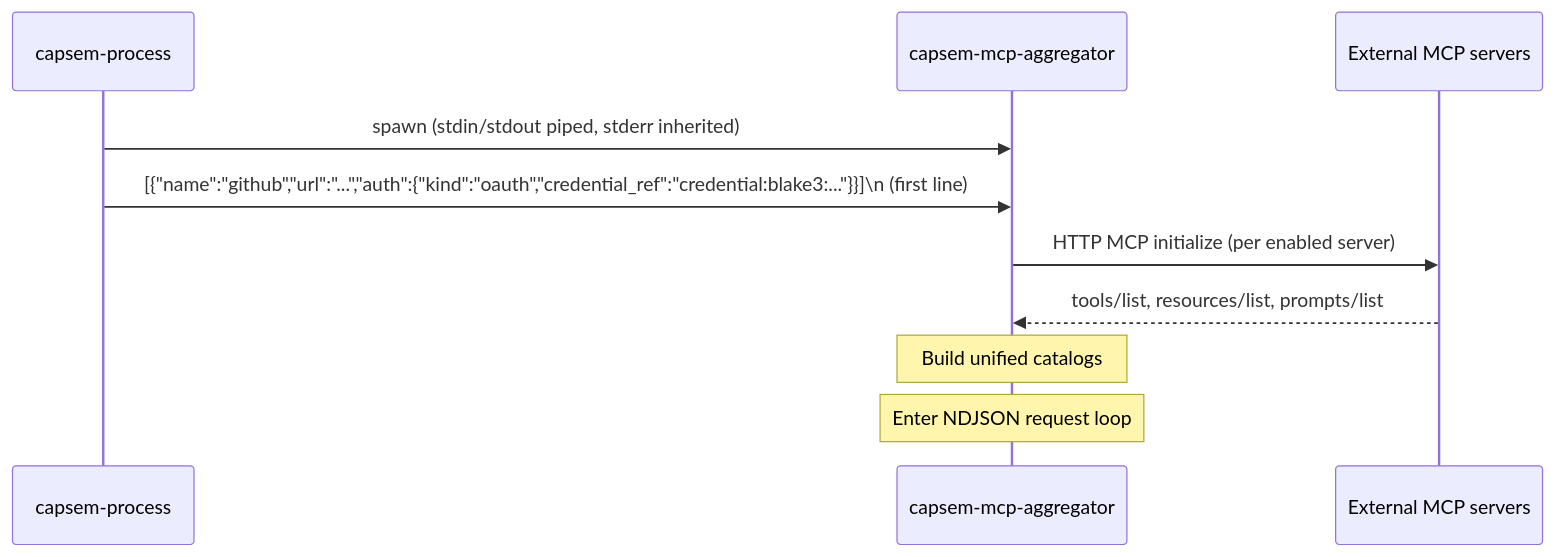
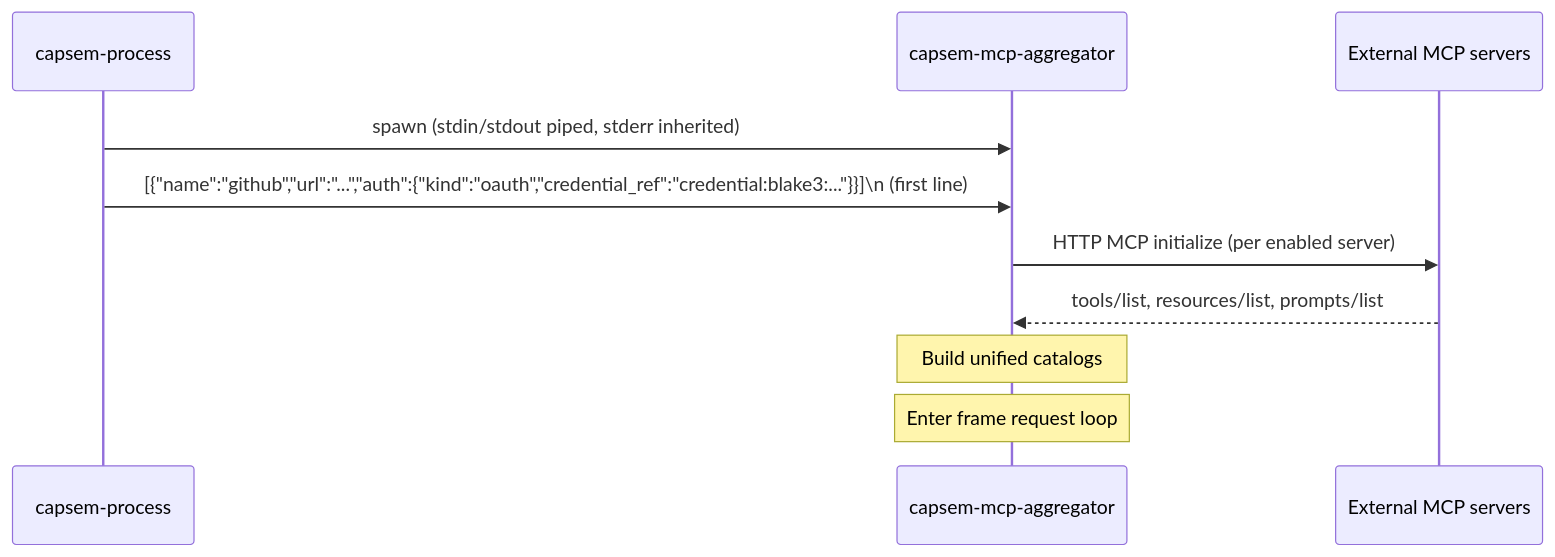
Before and after one commit to google/capsem: the second of 2 diagrams in web/docs/src/content/docs/architecture/mcp-aggregator.md, drawn with Mermaid. The commit also changed other lines of this file and 5 other files, not shown here.

First line of the commit message:
docs(architecture): name the codecs the wire actually uses

````diff
--- a/web/docs/src/content/docs/architecture/mcp-aggregator.md
+++ b/web/docs/src/content/docs/architecture/mcp-aggregator.md
@@ -84,13 +84,13 @@
 ```mermaid
 sequenceDiagram
     participant Proc as capsem-process
     participant Agg as capsem-mcp-aggregator
     participant Ext as External MCP servers
 
     Proc->>Agg: spawn (stdin/stdout piped, stderr inherited)
     Proc->>Agg: [{"name":"github","url":"...","auth":{"kind":"oauth","credential_ref":"credential:blake3:..."}}]\n (first line)
     Agg->>Ext: HTTP MCP initialize (per enabled server)
     Ext-->>Agg: tools/list, resources/list, prompts/list
     Note over Agg: Build unified catalogs
-    Note over Agg: Enter NDJSON request loop
+    Note over Agg: Enter frame request loop
 ```
````
